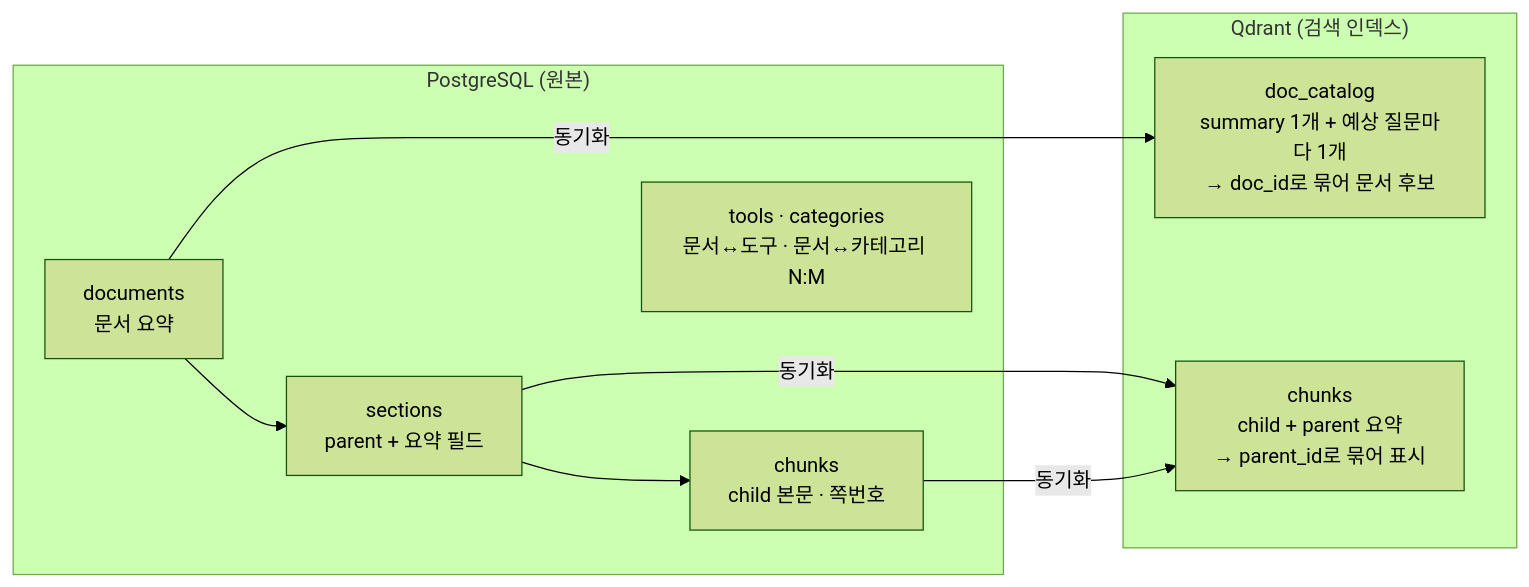
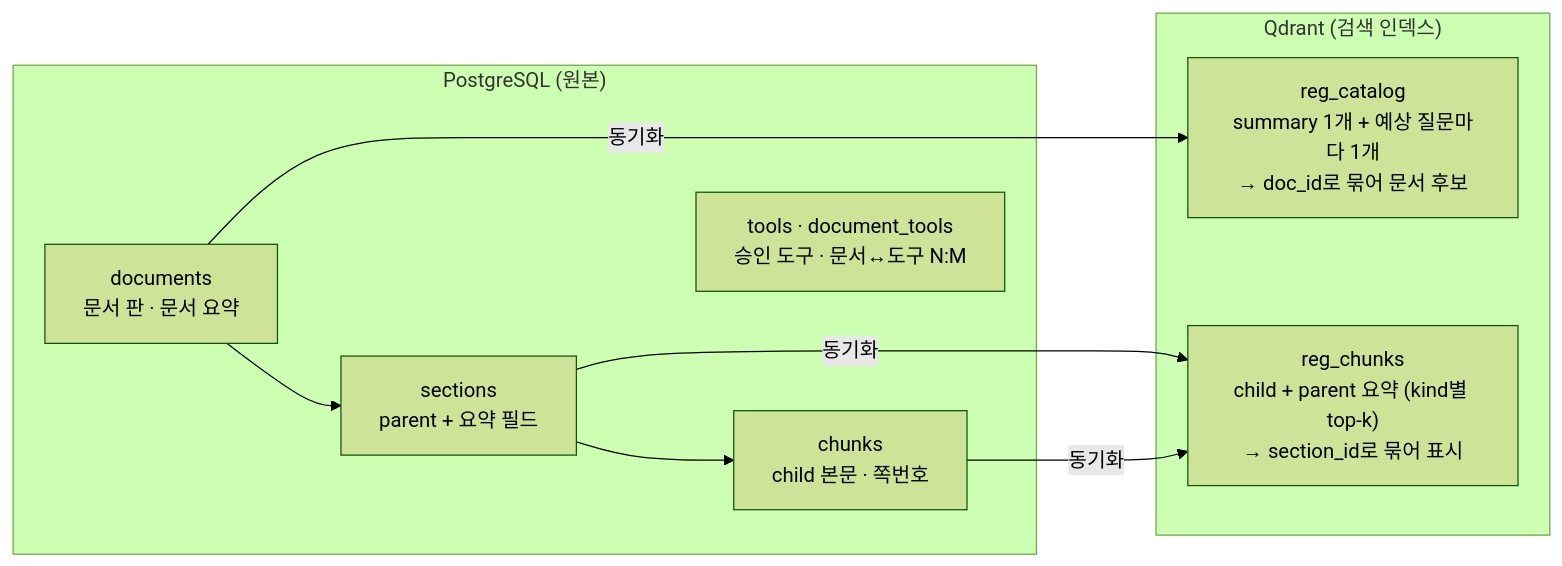
One commit to bbangwon/kicox_poc changed the sixth of 6 diagrams in docs/RAG_FLOW_OVERVIEW.md. Above: the diagram before and after it, drawn with Mermaid (forest theme). The commit also changed other lines of this file and 9 other files, not shown here.

````diff
--- a/docs/RAG_FLOW_OVERVIEW.md
+++ b/docs/RAG_FLOW_OVERVIEW.md
@@ -189,19 +189,19 @@
 ```mermaid
 flowchart LR
     subgraph PG["PostgreSQL (원본)"]
-        D1["documents<br/>문서 요약"]
+        D1["documents<br/>문서 판 · 문서 요약"]
         D2["sections<br/>parent + 요약 필드"]
         D3["chunks<br/>child 본문 · 쪽번호"]
-        D4["tools · categories<br/>문서↔도구 · 문서↔카테고리 N:M"]
+        D4["tools · document_tools<br/>승인 도구 · 문서↔도구 N:M"]
         D1 --> D2 --> D3
     end
 
     subgraph QD["Qdrant (검색 인덱스)"]
-        C1["doc_catalog<br/>summary 1개 + 예상 질문마다 1개<br/>→ doc_id로 묶어 문서 후보"]
-        C2["chunks<br/>child + parent 요약<br/>→ parent_id로 묶어 표시"]
+        C1["reg_catalog<br/>summary 1개 + 예상 질문마다 1개<br/>→ doc_id로 묶어 문서 후보"]
+        C2["reg_chunks<br/>child + parent 요약 (kind별 top-k)<br/>→ section_id로 묶어 표시"]
     end
 
     D1 -- 동기화 --> C1
     D2 -- 동기화 --> C2
     D3 -- 동기화 --> C2
 ```
````
